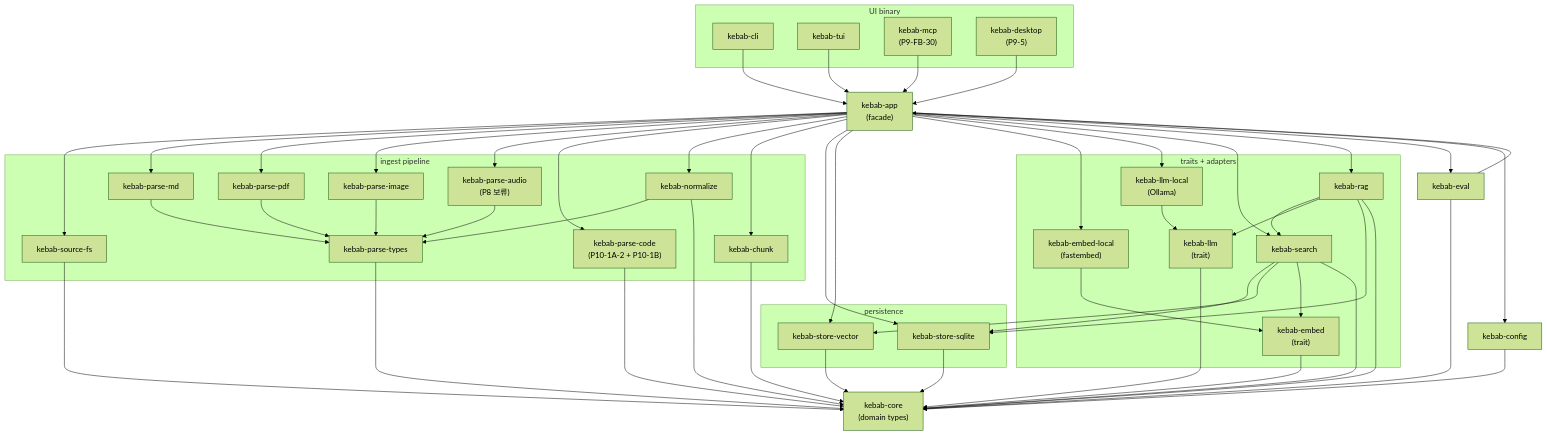
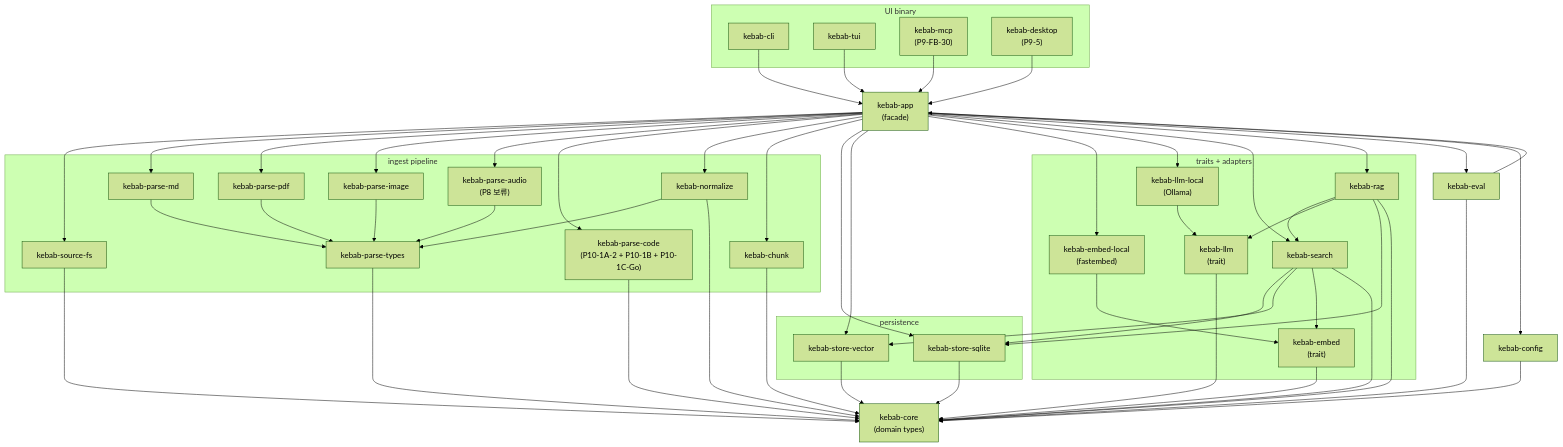
Before and after one commit to altair823/kebab: the diagram in docs/ARCHITECTURE.md, drawn with Mermaid (forest theme). The commit also changed other lines of this file and 8 other files, not shown here.

Commit message:
docs(p10-1c-go): README/HANDOFF/ARCHITECTURE/SMOKE/INDEX + design §10.1; chore: bump version 0.11.1 → 0.12.0

```diff
--- a/docs/ARCHITECTURE.md
+++ b/docs/ARCHITECTURE.md
@@ -52,7 +52,7 @@
         ppdf["kebab-parse-pdf"]
         pimg["kebab-parse-image"]
         paud["kebab-parse-audio<br/>(P8 보류)"]
-        pcode["kebab-parse-code<br/>(P10-1A-2 + P10-1B)"]
+        pcode["kebab-parse-code<br/>(P10-1A-2 + P10-1B + P10-1C-Go)"]
         ptypes["kebab-parse-types"]
         norm["kebab-normalize"]
         chunk["kebab-chunk"]
```
